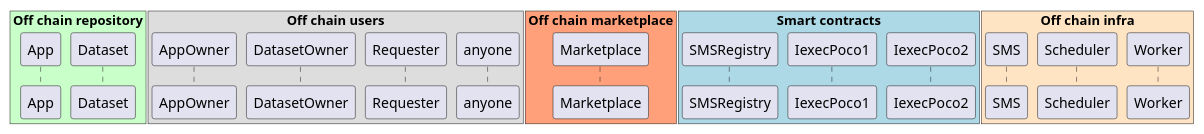
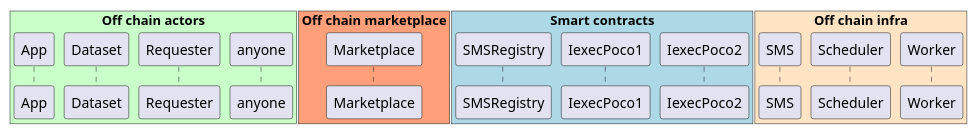
One commit to iExecBlockchainComputing/PoCo changed the diagram in uml/workflow-ODB-0b-actors.puml. Above: the diagram before and after it, drawn with PlantUML. The commit also changed 2 other files, not shown here.

Commit message:
facto actors and orders

```diff
--- a/uml/workflow-ODB-0b-actors.puml
+++ b/uml/workflow-ODB-0b-actors.puml
@@ -1,37 +1,32 @@
 @startuml
 
-box "Off chain repository" #TECHNOLOGY
+box "Off chain actors" #TECHNOLOGY
 	participant App
 	participant Dataset
     participant Requester
+	participant anyone
 end box
 
-box "Off chain users"
-	participant AppOwner
-	participant DatasetOwner
-	participant Requester
-	participant anyone
-end box
 
 box "Off chain marketplace" #LightSalmon
     participant Marketplace
 end box
 
 box "Smart contracts" #LightBlue
 	participant SMSRegistry
 	participant IexecPoco1
 	participant IexecPoco2
 end box
 
 box "Off chain infra" #Bisque
 	participant SMS
 	participant Scheduler
 	participant Worker
 end box
 
 
 skinparam sequenceGroupBodyBackgroundColor transparent
 
 autonumber
 
 @enduml
```
